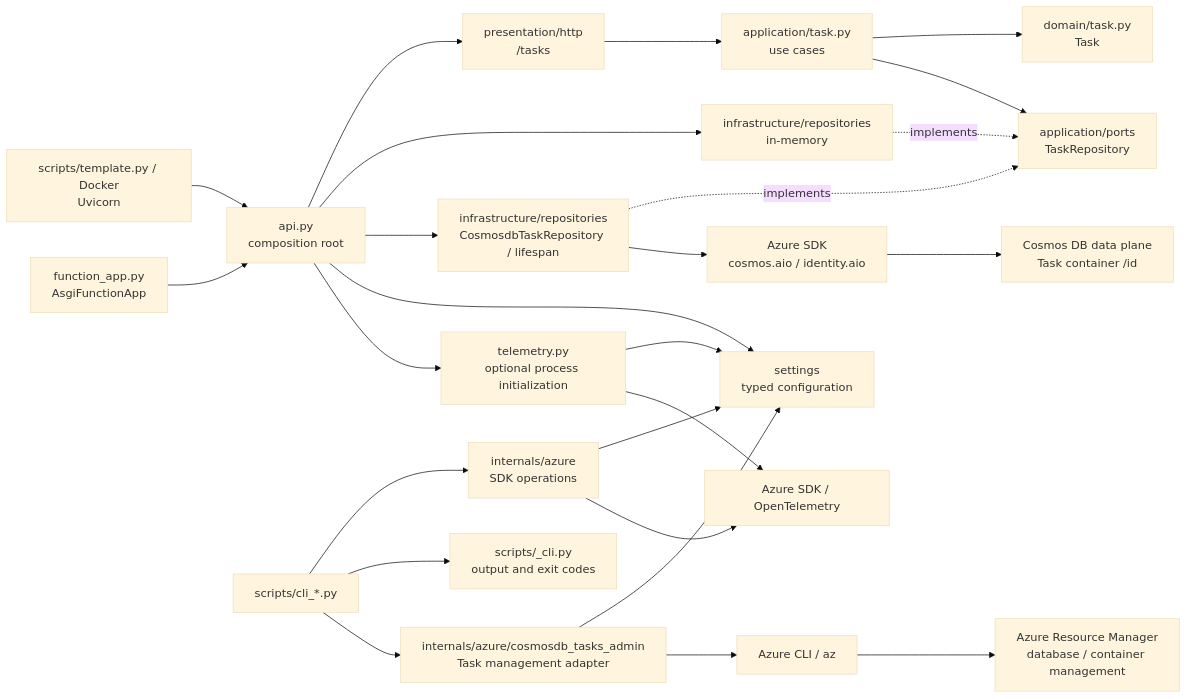
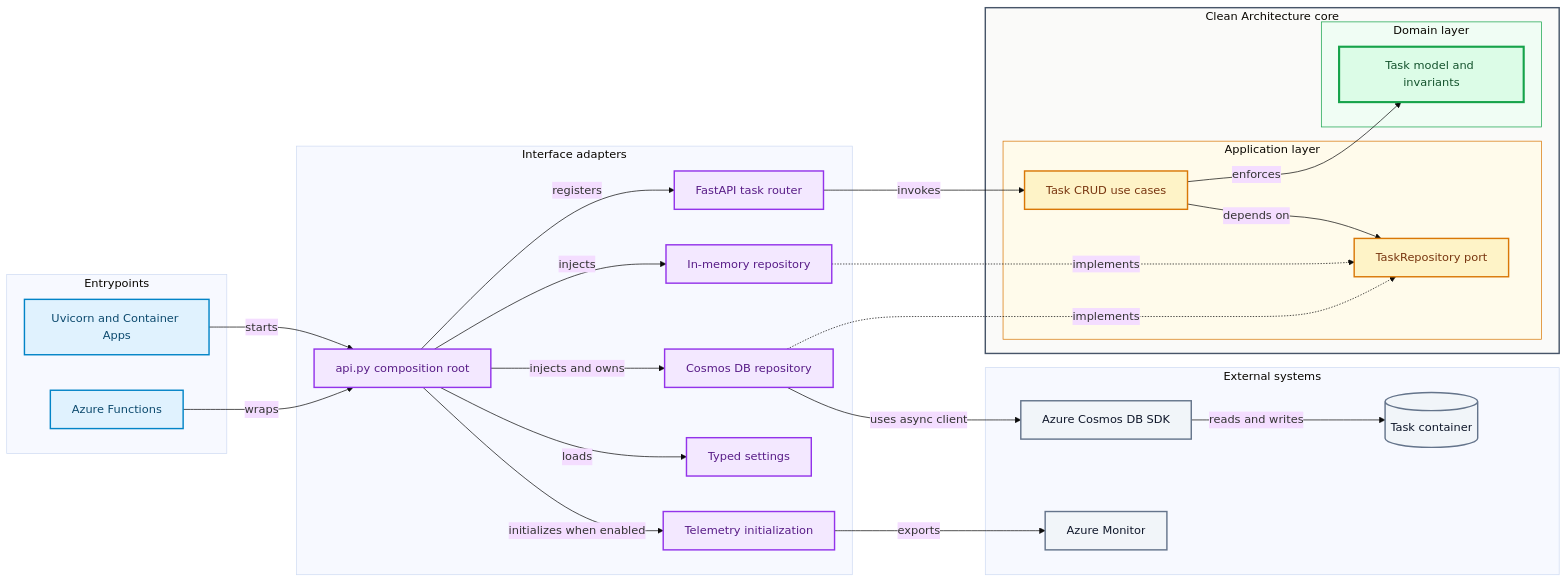
One commit to ks6088ts-labs/template-azure-python changed the first of 2 diagrams in docs/architecture/index.md. Above: the diagram before and after it, drawn with Mermaid (base theme). The commit also changed other lines of this file and 1 other file, not shown here.

Commit message:
feat: Update architecture documentation with Clean Architecture diagrams for Task API and Azure operations CLI

````diff
--- a/docs/architecture/index.md
+++ b/docs/architecture/index.md
@@ -31,27 +33,62 @@
 ```mermaid
 flowchart LR
-    launcher["scripts/template.py / Docker<br/>Uvicorn"] --> api["api.py<br/>composition root"]
-    functions["function_app.py<br/>AsgiFunctionApp"] --> api
-    api --> http["presentation/http<br/>/tasks"]
-    http --> usecases["application/task.py<br/>use cases"]
-    usecases --> domain["domain/task.py<br/>Task"]
-    usecases --> port["application/ports<br/>TaskRepository"]
-    api --> memory["infrastructure/repositories<br/>in-memory"]
-    memory -. implements .-> port
-    api --> cosmos["infrastructure/repositories<br/>CosmosdbTaskRepository / lifespan"]
-    cosmos -. implements .-> port
-    cosmos --> cosmossdk["Azure SDK<br/>cosmos.aio / identity.aio"]
-    cosmossdk --> data["Cosmos DB data plane<br/>Task container /id"]
-    api --> settings
-    api --> telemetry["telemetry.py<br/>optional process initialization"]
-    cli["scripts/cli_*.py"] --> operations["internals/azure<br/>SDK operations"]
-    cli --> output["scripts/_cli.py<br/>output and exit codes"]
-    operations --> settings["settings<br/>typed configuration"]
-    operations --> sdk["Azure SDK / OpenTelemetry"]
-    cli --> admin["internals/azure/cosmosdb_tasks_admin<br/>Task management adapter"]
-    admin --> settings
-    admin --> az["Azure CLI / az"]
-    az --> arm["Azure Resource Manager<br/>database / container management"]
-    telemetry --> settings
-    telemetry --> sdk
+    subgraph ApiEntrypoints["Entrypoints"]
+        launcher["Uvicorn and Container Apps"]
+        functions["Azure Functions"]
+    end
+
+    subgraph ApiOuter["Interface adapters"]
+        api["api.py composition root"]
+        http["FastAPI task router"]
+        memory["In-memory repository"]
+        cosmos["Cosmos DB repository"]
+        telemetry["Telemetry initialization"]
+        settings["Typed settings"]
+    end
+
+    subgraph ApiCore["Clean Architecture core"]
+        subgraph ApiApplication["Application layer"]
+            usecases["Task CRUD use cases"]
+            port["TaskRepository port"]
+        end
+        subgraph ApiDomain["Domain layer"]
+            domain["Task model and invariants"]
+        end
+    end
+
+    subgraph ApiExternal["External systems"]
+        cosmossdk["Azure Cosmos DB SDK"]
+        data[("Task container")]
+        monitor["Azure Monitor"]
+    end
+
+    launcher -->|"starts"| api
+    functions -->|"wraps"| api
+    api -->|"registers"| http
+    http -->|"invokes"| usecases
+    usecases -->|"enforces"| domain
+    usecases -->|"depends on"| port
+    api -->|"injects"| memory
+    api -->|"injects and owns"| cosmos
+    memory -.->|"implements"| port
+    cosmos -.->|"implements"| port
+    cosmos -->|"uses async client"| cosmossdk
+    cosmossdk -->|"reads and writes"| data
+    api -->|"loads"| settings
+    api -->|"initializes when enabled"| telemetry
+    telemetry -->|"exports"| monitor
+
+    classDef entry fill:#E0F2FE,stroke:#0284C7,color:#0C4A6E,stroke-width:2px
+    classDef adapter fill:#F3E8FF,stroke:#9333EA,color:#581C87,stroke-width:2px
+    classDef application fill:#FEF3C7,stroke:#D97706,color:#78350F,stroke-width:2px
+    classDef domain fill:#DCFCE7,stroke:#16A34A,color:#14532D,stroke-width:3px
+    classDef external fill:#F1F5F9,stroke:#64748B,color:#0F172A,stroke-width:2px
+    class launcher,functions entry
+    class api,http,memory,cosmos,telemetry,settings adapter
+    class usecases,port application
+    class domain domain
+    class cosmossdk,data,monitor external
+    style ApiCore fill:#FAFAF9,stroke:#475569,stroke-width:2px
+    style ApiApplication fill:#FFFBEB,stroke:#D97706,stroke-width:1px
+    style ApiDomain fill:#F0FDF4,stroke:#16A34A,stroke-width:1px
 ```
````
